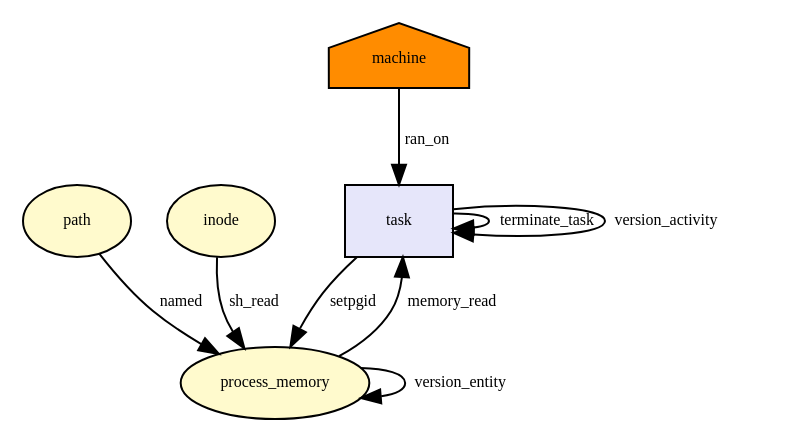
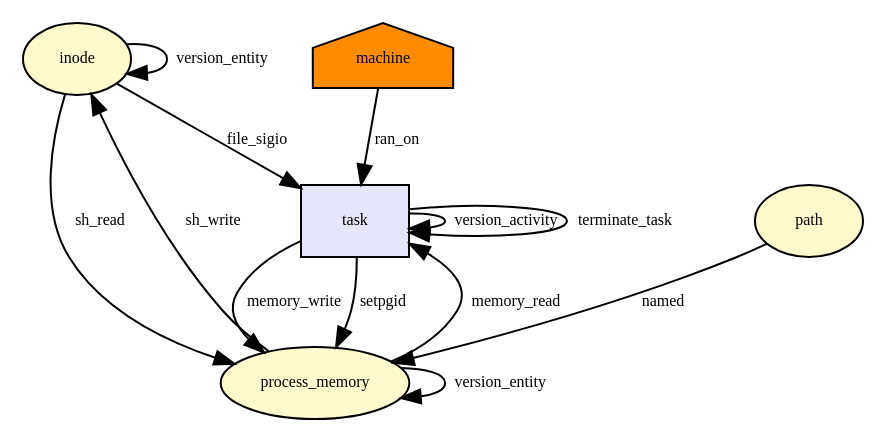
One commit to CamFlow/camflow-dev changed the diagram in docs/dot/__x64_sys_setpgid.dot. Above: the diagram before and after it, drawn with Graphviz. The commit also changed 120 other files, not shown here.

```diff
--- a/docs/dot/__x64_sys_setpgid.dot
+++ b/docs/dot/__x64_sys_setpgid.dot
@@ -1,27 +1,35 @@
-digraph RGL__DirectedAdjacencyGraph {task[fontsize = 8,label = task,shape = rectangle, fillcolor="#e6e6fa", style = filled]
+digraph RGL__DirectedAdjacencyGraph {inode[fontsize = 8,label = inode,shape = ellipse, fillcolor="#fffacd", style = filled]
+
+task[fontsize = 8,label = task,shape = rectangle, fillcolor="#e6e6fa", style = filled]
+
+inode -> task[fontsize = 8,label = file_sigio]
+
+process_memory[fontsize = 8,label = process_memory,shape = ellipse, fillcolor="#fffacd", style = filled]
+
+task -> process_memory[fontsize = 8,label = memory_write]
+
+task -> task[fontsize = 8,label = version_activity]
+
+process_memory -> process_memory[fontsize = 8,label = version_entity]
+
+process_memory -> inode[fontsize = 8,label = sh_write]
+
+inode -> inode[fontsize = 8,label = version_entity]
 
 task -> task[fontsize = 8,label = terminate_task]
 
 path[fontsize = 8,label = path,shape = ellipse, fillcolor="#fffacd", style = filled]
-
-process_memory[fontsize = 8,label = process_memory,shape = ellipse, fillcolor="#fffacd", style = filled]
 
 path -> process_memory[fontsize = 8,label = named]
 
 machine[fontsize = 8,label = machine,shape = house, fillcolor="#ff8c00", style = filled]
 
 machine -> task[fontsize = 8,label = ran_on]
 
 process_memory -> task[fontsize = 8,label = memory_read]
 
 task -> process_memory[fontsize = 8,label = setpgid]
 
-task -> task[fontsize = 8,label = version_activity]
-
-process_memory -> process_memory[fontsize = 8,label = version_entity]
-
-inode[fontsize = 8,label = inode,shape = ellipse, fillcolor="#fffacd", style = filled]
-
 inode -> process_memory[fontsize = 8,label = sh_read]
 
 }
```
